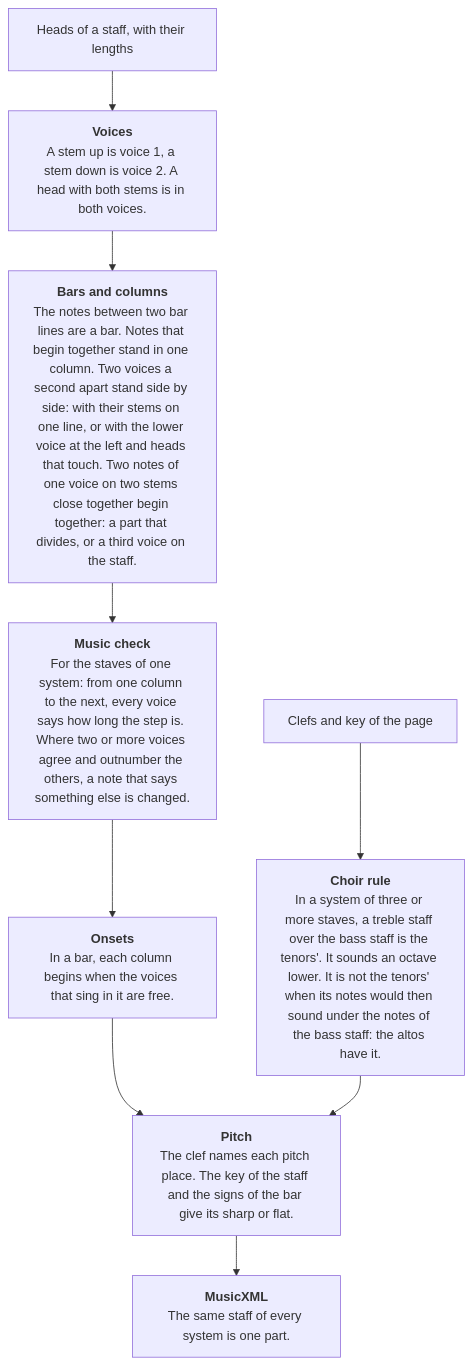
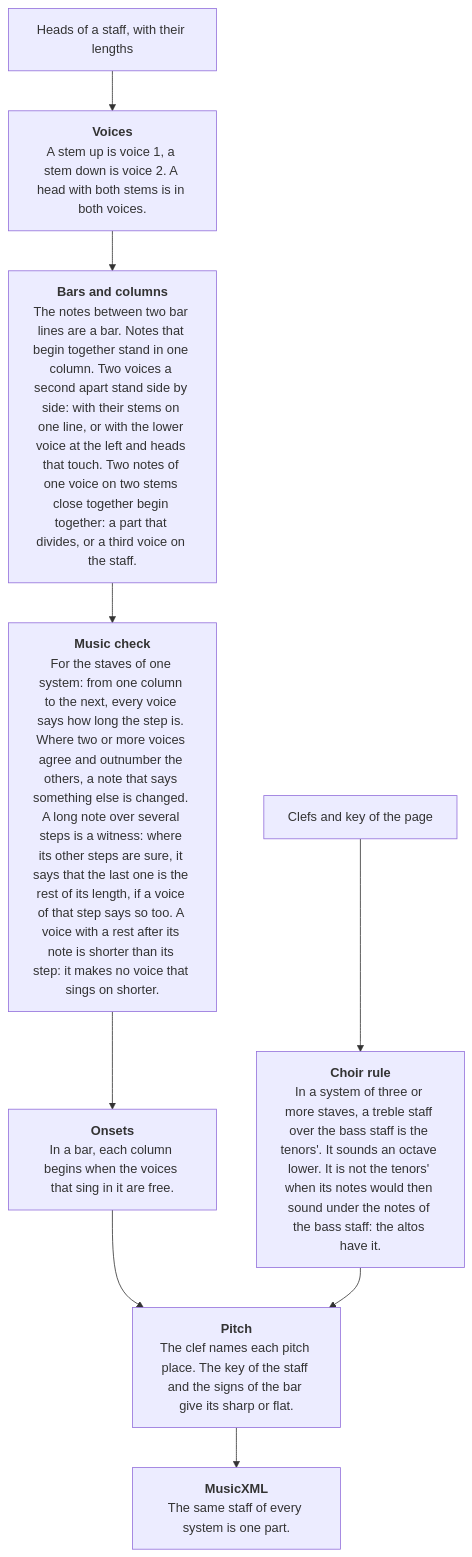
One commit to sweet-cicero/ScoreReader changed the ninth of 12 diagrams in README.md. Above: the diagram before and after it, drawn with Mermaid. The commit also changed other lines of this file and 4 other files, not shown here.

First line of the commit message:
A long note is a witness for lengths, and the printed quarter rest is read

````diff
--- a/README.md
+++ b/README.md
@@ -262,11 +262,11 @@
 ```mermaid
 flowchart TD
     heads["Heads of a staff, with their lengths"] --> voices["<b>Voices</b><br/>A stem up is voice 1, a stem down is voice 2. A head with both stems is in both voices."]
     voices --> columns["<b>Bars and columns</b><br/>The notes between two bar lines are a bar. Notes that begin together stand in one column. Two voices a second apart stand side by side: with their stems on one line, or with the lower voice at the left and heads that touch. Two notes of one voice on two stems close together begin together: a part that divides, or a third voice on the staff."]
-    columns --> check["<b>Music check</b><br/>For the staves of one system: from one column to the next, every voice says how long the step is. Where two or more voices agree and outnumber the others, a note that says something else is changed."]
+    columns --> check["<b>Music check</b><br/>For the staves of one system: from one column to the next, every voice says how long the step is. Where two or more voices agree and outnumber the others, a note that says something else is changed. A long note over several steps is a witness: where its other steps are sure, it says that the last one is the rest of its length, if a voice of that step says so too. A voice with a rest after its note is shorter than its step: it makes no voice that sings on shorter."]
     check --> onsets["<b>Onsets</b><br/>In a bar, each column begins when the voices that sing in it are free."]
     onsets --> pitch["<b>Pitch</b><br/>The clef names each pitch place. The key of the staff and the signs of the bar give its sharp or flat."]
     clefs["Clefs and key of the page"] --> tenor["<b>Choir rule</b><br/>In a system of three or more staves, a treble staff over the bass staff is the tenors'. It sounds an octave lower. It is not the tenors' when its notes would then sound under the notes of the bass staff: the altos have it."]
     tenor --> pitch
     pitch --> xml["<b>MusicXML</b><br/>The same staff of every system is one part."]
 ```
````
